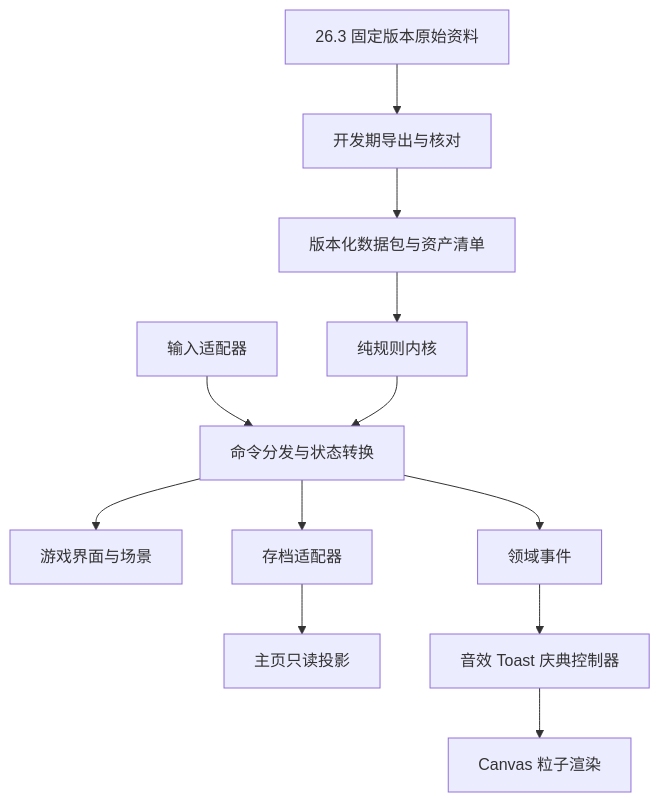
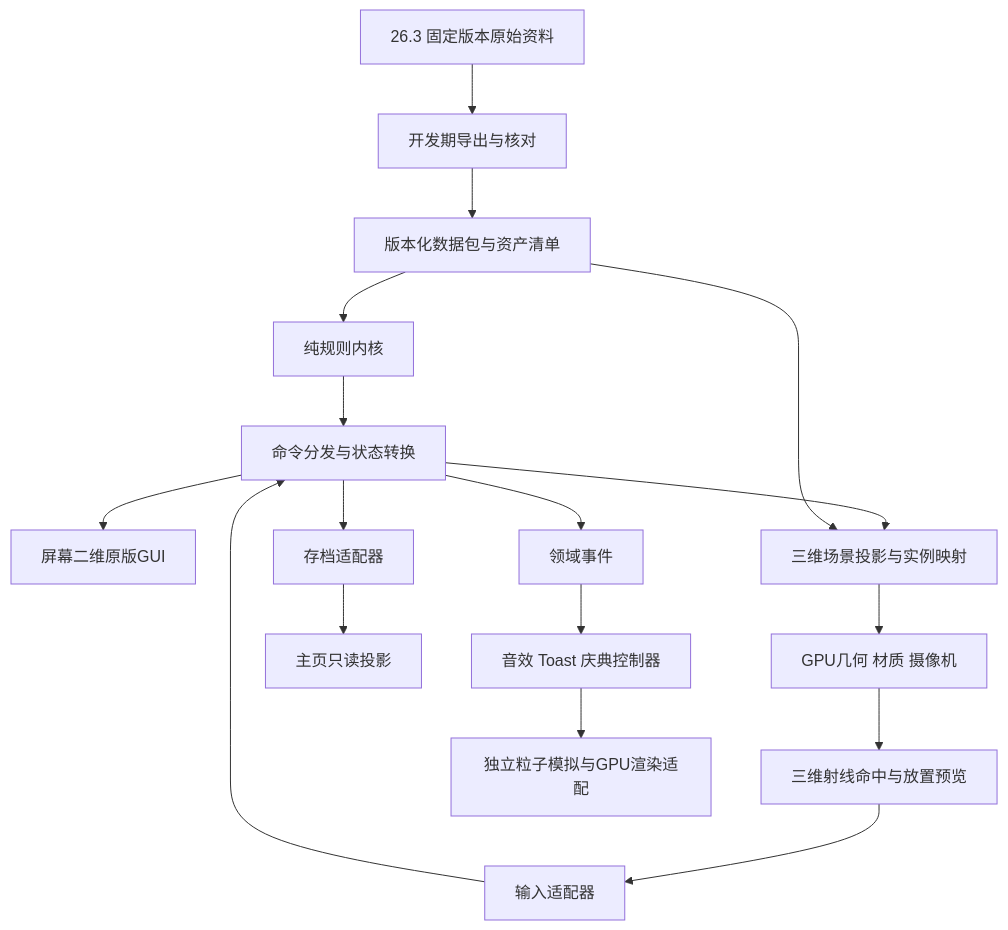
Before and after one commit to YuanXiQWQ/minecraft-birthday-2026: the diagram in docs/architecture.md, drawn with Mermaid. The commit also changed other lines of this file and 6 other files, not shown here.

````diff
--- a/docs/architecture.md
+++ b/docs/architecture.md
@@ -31,14 +36,19 @@
 ```mermaid
 flowchart TD
   A[26.3 固定版本原始资料] --> B[开发期导出与核对]
   B --> C[版本化数据包与资产清单]
   C --> D[纯规则内核]
   E[输入适配器] --> F[命令分发与状态转换]
   D --> F
-  F --> G[游戏界面与场景]
+  F --> G[屏幕二维原版GUI]
+  F --> M[三维场景投影与实例映射]
+  C --> M
+  M --> N[GPU几何 材质 摄像机]
+  N --> O[三维射线命中与放置预览]
+  O --> E
   F --> H[存档适配器]
   H --> I[主页只读投影]
   F --> J[领域事件]
   J --> K[音效 Toast 庆典控制器]
-  K --> L[Canvas 粒子渲染]
+  K --> L[独立粒子模拟与GPU渲染适配]
 ```
````
